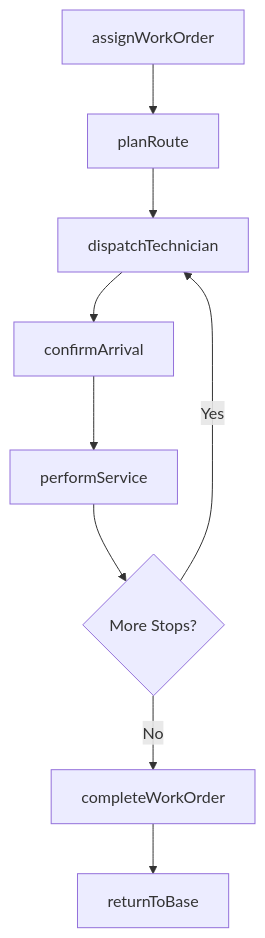
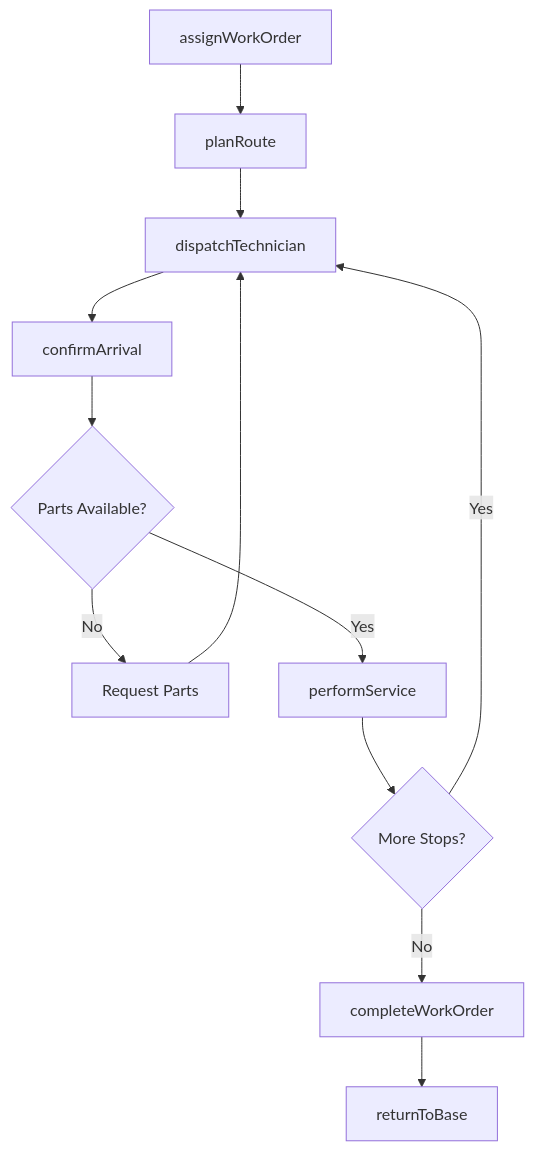
Before and after one commit to dot-org-ai/tasks.org.ai: the third of 4 diagrams in OperatingVehiclesMechanizedDevicesOrEquipment/OperateTransportationEquipmentOrVehicles/TravelWorkSitesPerformInstallation.mdx, drawn with Mermaid. The commit also changed other lines of this file and 504 other files, not shown here.

First line of the commit message:
feat: Add ER diagrams, state diagrams, and workflow improvements to 96 DWA task files

````diff
--- a/OperatingVehiclesMechanizedDevicesOrEquipment/OperateTransportationEquipmentOrVehicles/TravelWorkSitesPerformInstallation.mdx
+++ b/OperatingVehiclesMechanizedDevicesOrEquipment/OperateTransportationEquipmentOrVehicles/TravelWorkSitesPerformInstallation.mdx
@@ -86,11 +115,14 @@
 ```mermaid
 graph TD
     A[assignWorkOrder] --> B[planRoute]
     B --> C[dispatchTechnician]
     C --> D[confirmArrival]
-    D --> E[performService]
-    E --> F{More Stops?}
-    F -->|Yes| C
-    F -->|No| G[completeWorkOrder]
-    G --> H[returnToBase]
+    D --> E{Parts Available?}
+    E -->|No| F[Request Parts]
+    F --> C
+    E -->|Yes| G[performService]
+    G --> H{More Stops?}
+    H -->|Yes| C
+    H -->|No| I[completeWorkOrder]
+    I --> J[returnToBase]
 ```
````
